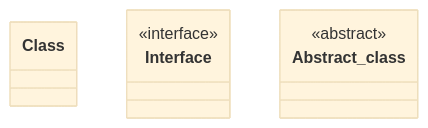
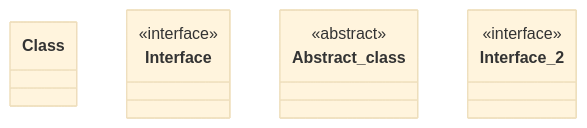
The diagram in mermade/class-diagram.md (saiphanindra1010/arch_diagram_demo), drawn with Mermaid (base theme) before and after one commit.

Commit message:
mermade: save class_diagramssssssss

````diff
--- a/mermade/class-diagram.md
+++ b/mermade/class-diagram.md
@@ -3,11 +3,14 @@
 ```mermaid
 classDiagram
   class Class
   class Interface {
     <<interface>>
   }
   class Abstract_class {
     <<abstract>>
   }
-%% mermade:{"v":1,"diagramType":"class","nodes":{"Class":{"x":570.57421875,"y":247.7890625,"w":220,"h":70,"kind":"class","members":[]},"Interface":{"x":584.2734375,"y":446.1328125,"w":220,"h":70,"kind":"interface","members":[],"stereotype":"interface"},"Abstract_class":{"x":1028.88671875,"y":319.77734375,"w":220,"h":70,"kind":"abstract","members":[],"stereotype":"abstract"}},"groups":{},"edges":{}}
+  class Interface_2 {
+    <<interface>>
+  }
+%% mermade:{"v":1,"diagramType":"class","nodes":{"Class":{"x":570.57421875,"y":247.7890625,"w":220,"h":70,"kind":"class","members":[]},"Interface":{"x":584.2734375,"y":446.1328125,"w":220,"h":70,"kind":"interface","members":[],"stereotype":"interface"},"Abstract_class":{"x":1028.88671875,"y":319.77734375,"w":220,"h":70,"kind":"abstract","members":[],"stereotype":"abstract"},"Interface_2":{"x":845.7181919642857,"y":155.18080357142856,"w":220,"h":70,"kind":"interface","members":[],"stereotype":"interface"}},"groups":{},"edges":{}}
 ```
````
